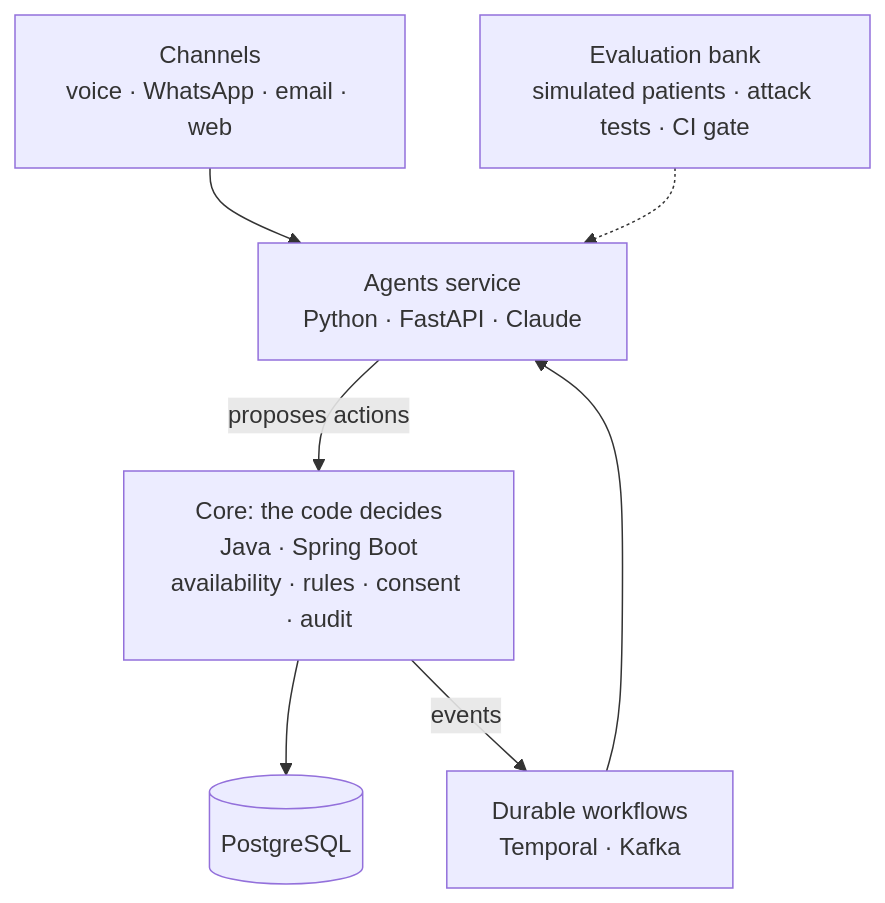
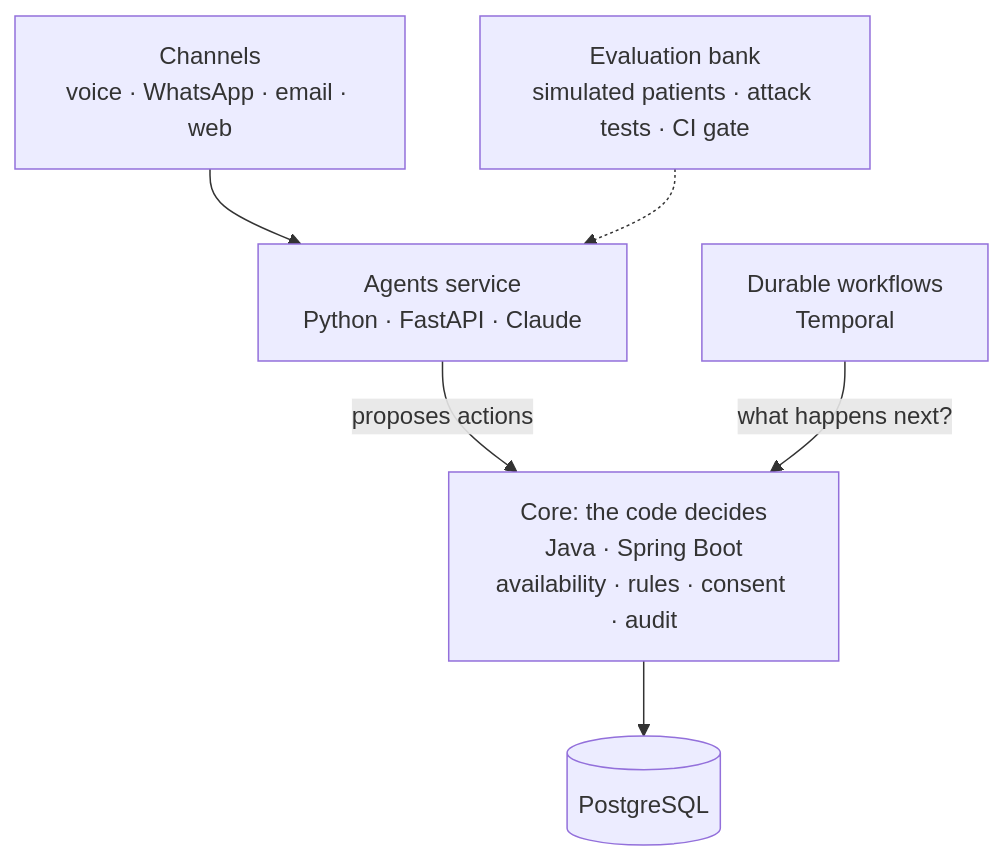
The diagram in README.md (rnachoc/turno), drawn with Mermaid before and after one commit. The commit also changed other lines of this file and 1 other file, not shown here.

Commit message:
docs: record the durable workflow and its limits

````diff
--- a/README.md
+++ b/README.md
@@ -16,9 +16,8 @@
 ```mermaid
 flowchart TD
     channels["Channels<br/>voice · WhatsApp · email · web"] --> agents
     agents["Agents service<br/>Python · FastAPI · Claude"] -- "proposes actions" --> core
     core["Core: the code decides<br/>Java · Spring Boot<br/>availability · rules · consent · audit"] --> db[("PostgreSQL")]
-    core -- "events" --> flows["Durable workflows<br/>Temporal · Kafka"]
-    flows --> agents
+    flows["Durable workflows<br/>Temporal"] -- "what happens next?" --> core
     evals["Evaluation bank<br/>simulated patients · attack tests · CI gate"] -.-> agents
 ```
````
